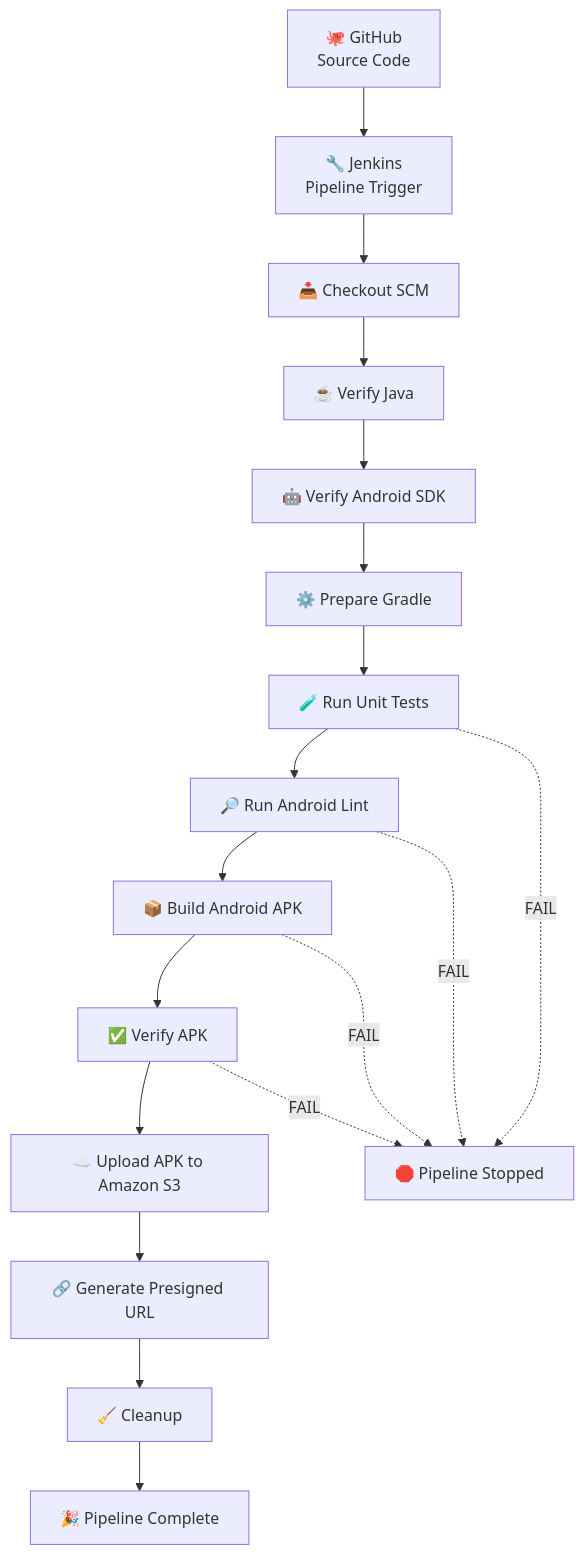
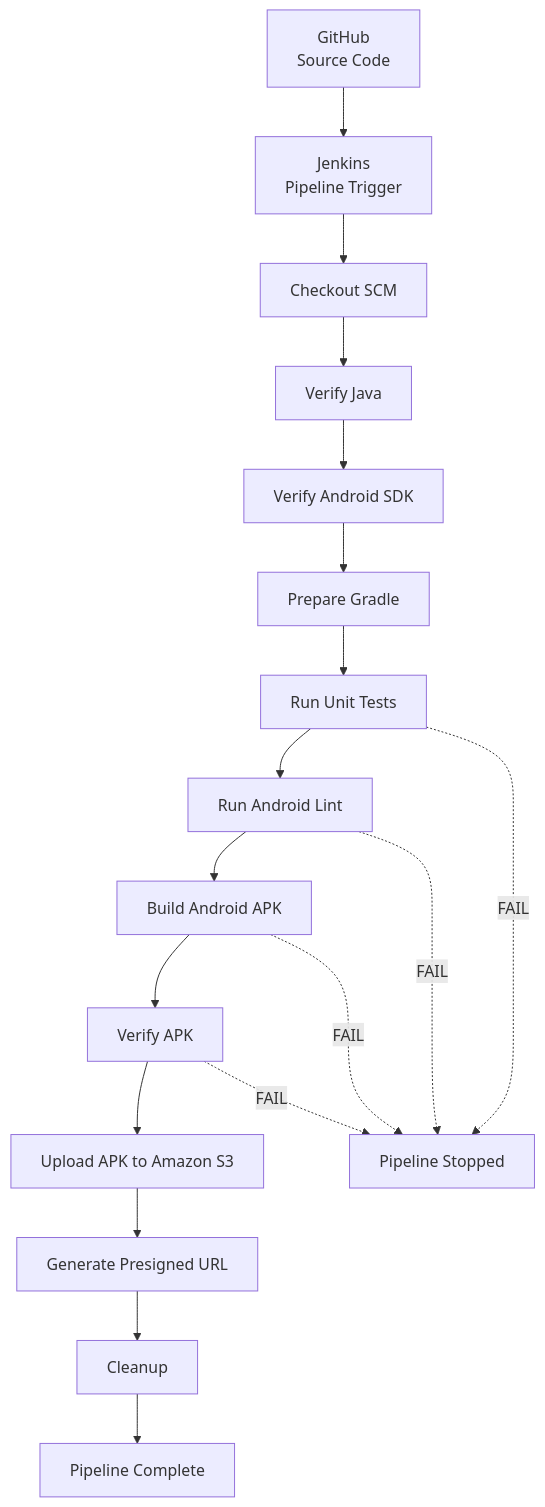
Before and after one commit to EVIDA-Project/EVIDA: the fourth of 4 diagrams in README.md, drawn with Mermaid. The commit also changed other lines of this file, not shown here.

````diff
--- a/README.md
+++ b/README.md
@@ -371,36 +361,36 @@
 ```mermaid
 flowchart TD
-    A["🐙 GitHub<br/>Source Code"]
-    B["🔧 Jenkins<br/>Pipeline Trigger"]
-    C["📥 Checkout SCM"]
-    D["☕ Verify Java"]
-    E["🤖 Verify Android SDK"]
-    F["⚙️ Prepare Gradle"]
-    G["🧪 Run Unit Tests"]
-    H["🔎 Run Android Lint"]
-    I["📦 Build Android APK"]
-    J["✅ Verify APK"]
-    K["☁️ Upload APK to Amazon S3"]
-    L["🔗 Generate Presigned URL"]
-    M["🧹 Cleanup"]
-    N["🎉 Pipeline Complete"]
+ A[" GitHub<br/>Source Code"]
+ B[" Jenkins<br/>Pipeline Trigger"]
+ C[" Checkout SCM"]
+ D[" Verify Java"]
+ E[" Verify Android SDK"]
+ F[" Prepare Gradle"]
+ G[" Run Unit Tests"]
+ H[" Run Android Lint"]
+ I[" Build Android APK"]
+ J[" Verify APK"]
+ K[" Upload APK to Amazon S3"]
+ L[" Generate Presigned URL"]
+ M[" Cleanup"]
+ N[" Pipeline Complete"]
 
-    A --> B
-    B --> C
-    C --> D
-    D --> E
-    E --> F
-    F --> G
-    G --> H
-    H --> I
-    I --> J
-    J --> K
-    K --> L
-    L --> M
-    M --> N
+ A --> B
+ B --> C
+ C --> D
+ D --> E
+ E --> F
+ F --> G
+ G --> H
+ H --> I
+ I --> J
+ J --> K
+ K --> L
+ L --> M
+ M --> N
 
-    G -. "FAIL" .-> X["🛑 Pipeline Stopped"]
-    H -. "FAIL" .-> X
-    I -. "FAIL" .-> X
-    J -. "FAIL" .-> X
+ G -. "FAIL" .-> X[" Pipeline Stopped"]
+ H -. "FAIL" .-> X
+ I -. "FAIL" .-> X
+ J -. "FAIL" .-> X
 ```
````
